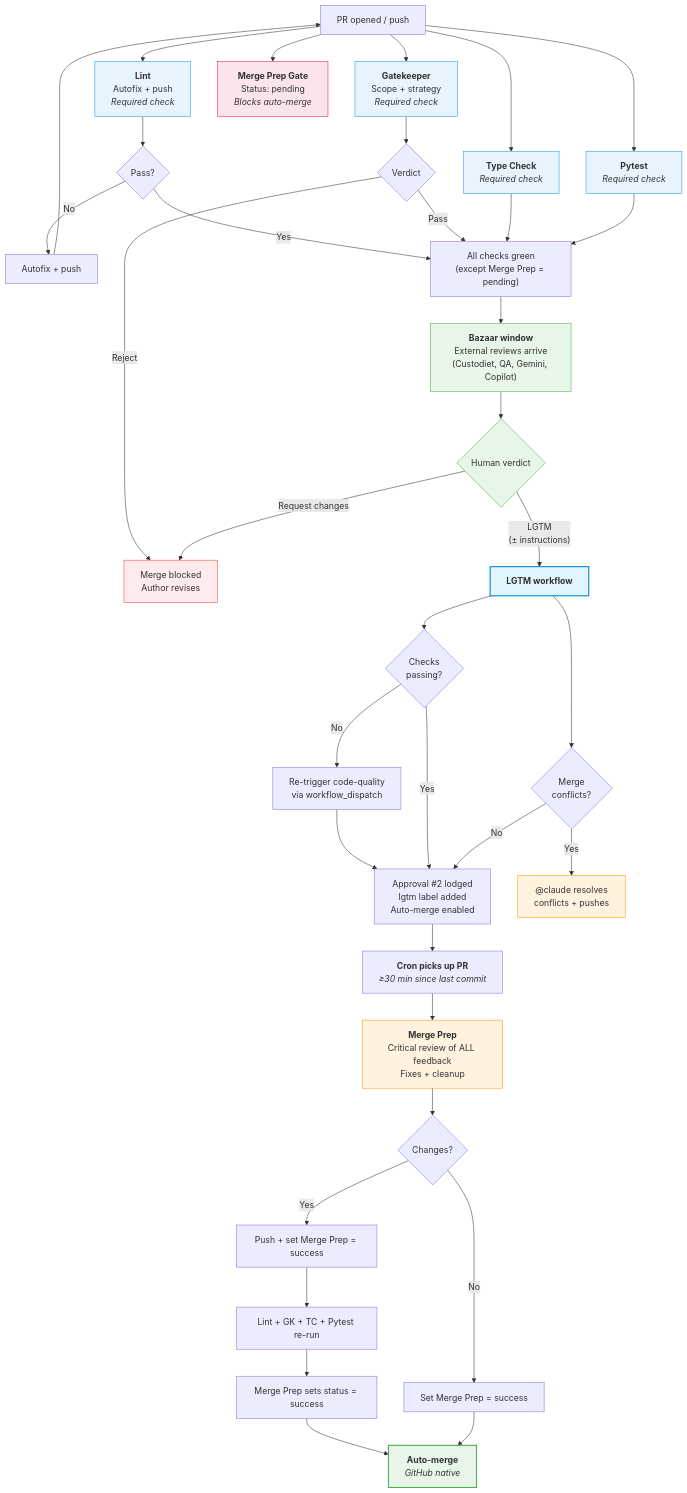
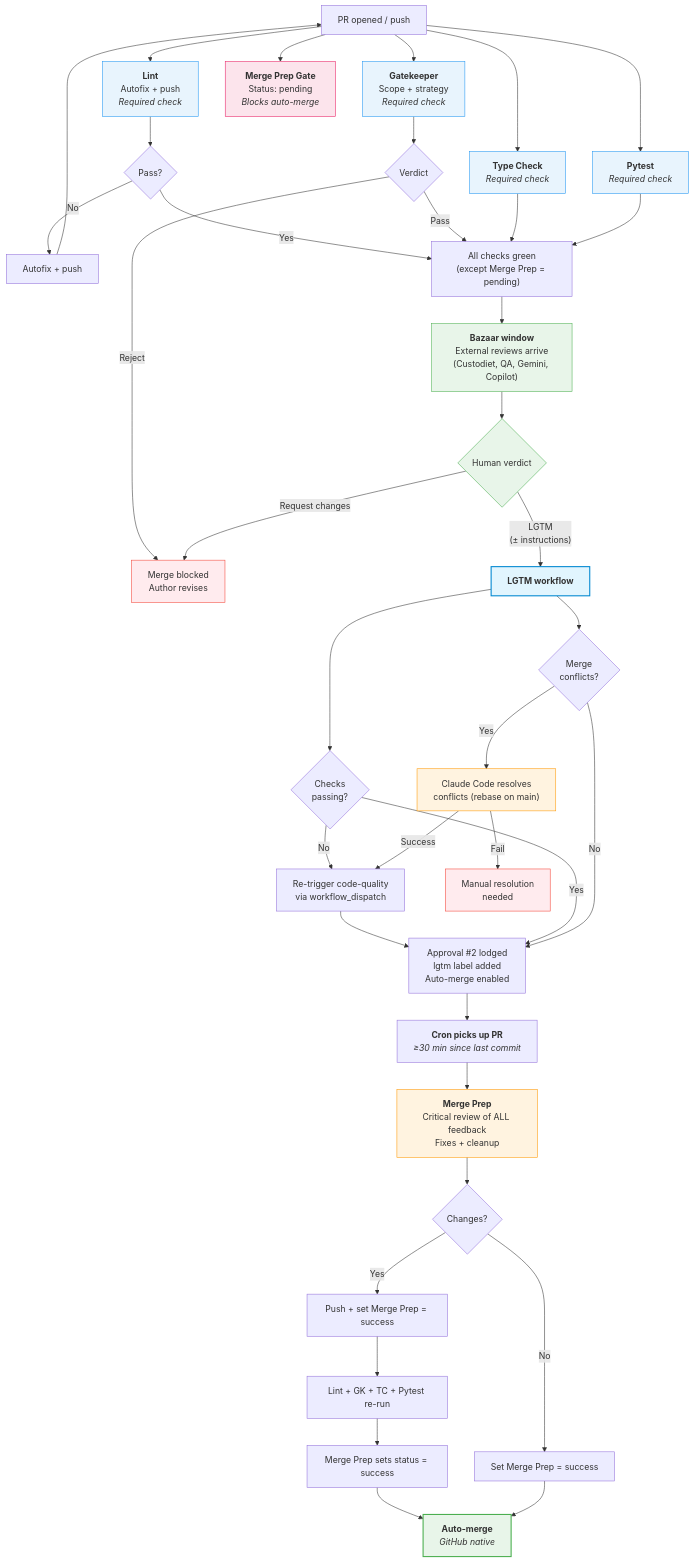
One commit to nicsuzor/academicOps changed the diagram in specs/pr-process.md. Above: the diagram before and after it, drawn with Mermaid. The commit also changed other lines of this file and 1 other file, not shown here.

First line of the commit message:
fix(lgtm): use Claude Code Action for intelligent conflict resolution

````diff
--- a/specs/pr-process.md
+++ b/specs/pr-process.md
@@ -153,70 +153,73 @@
 ```mermaid
 flowchart TD
     PR["PR opened / push"]
 
     %% Phase 1: Immediate
     PR --> Lint["<b>Lint</b><br/>Autofix + push<br/><i>Required check</i>"]
     PR --> GK["<b>Gatekeeper</b><br/>Scope + strategy<br/><i>Required check</i>"]
     PR --> TC["<b>Type Check</b><br/><i>Required check</i>"]
     PR --> Test["<b>Pytest</b><br/><i>Required check</i>"]
     PR --> MPGate["<b>Merge Prep Gate</b><br/>Status: pending<br/><i>Blocks auto-merge</i>"]
 
     Lint --> LintOK{Pass?}
     LintOK -- No --> AutoFix["Autofix + push"]
     AutoFix --> PR
     LintOK -- Yes --> Green
 
     GK --> GKV{Verdict}
     GKV -- Reject --> Blocked["Merge blocked<br/>Author revises"]
     GKV -- Pass --> Green
 
     TC --> Green
     Test --> Green["All checks green<br/>(except Merge Prep = pending)"]
 
     %% Phase 2-3: Bazaar + Human
     Green --> Wait["<b>Bazaar window</b><br/>External reviews arrive<br/>(Custodiet, QA, Gemini, Copilot)"]
     Wait --> Human{"Human verdict"}
     Human -- "Request changes" --> Blocked
     Human -- "LGTM<br/>(± instructions)" --> LGTM
 
     %% LGTM workflow
     LGTM["<b>LGTM workflow</b>"]
     LGTM --> CheckStatus{"Checks<br/>passing?"}
     CheckStatus -- No --> Retrigger["Re-trigger code-quality<br/>via workflow_dispatch"]
     Retrigger --> Approved
     CheckStatus -- Yes --> Approved
     LGTM --> Conflicts{"Merge<br/>conflicts?"}
-    Conflicts -- Yes --> Claude["@claude resolves<br/>conflicts + pushes"]
+    Conflicts -- Yes --> Rebase["Claude Code resolves<br/>conflicts (rebase on main)"]
+    Rebase -- Success --> Retrigger
+    Rebase -- Fail --> Manual["Manual resolution<br/>needed"]
     Conflicts -- No --> Approved
     Approved["Approval #2 lodged<br/>lgtm label added<br/>Auto-merge enabled"]
 
     %% Phase 4: Merge Prep (cron)
     Approved --> Cron["<b>Cron picks up PR</b><br/><i>≥30 min since last commit</i>"]
     Cron --> MP["<b>Merge Prep</b><br/>Critical review of ALL feedback<br/>Fixes + cleanup"]
     MP --> MPPush{Changes?}
     MPPush -- Yes --> Push["Push + set Merge Prep = success"]
     MPPush -- No --> MPDone["Set Merge Prep = success"]
     Push --> Recheck["Lint + GK + TC + Pytest re-run"]
     Recheck --> MPSet["Merge Prep sets status = success"]
     MPSet --> Merge
     MPDone --> Merge["<b>Auto-merge</b><br/><i>GitHub native</i>"]
 
     %% Styling
     classDef check fill:#e8f4fd,stroke:#2196f3
     classDef human fill:#e8f5e9,stroke:#4caf50
     classDef agent fill:#fff3e0,stroke:#ff9800
     classDef success fill:#e8f5e9,stroke:#4caf50,stroke-width:2px
     classDef fail fill:#ffebee,stroke:#f44336
     classDef gate fill:#fce4ec,stroke:#e91e63
     classDef lgtm fill:#e1f5fe,stroke:#0288d1,stroke-width:2px
 
     class Lint,TC,Test check
     class GK check
     class Human,Wait human
     class MP agent
     class Merge success
     class Blocked fail
     class MPGate gate
     class LGTM lgtm
-    class Claude agent
+    class Rebase agent
+    class Manual fail
 ```
````
